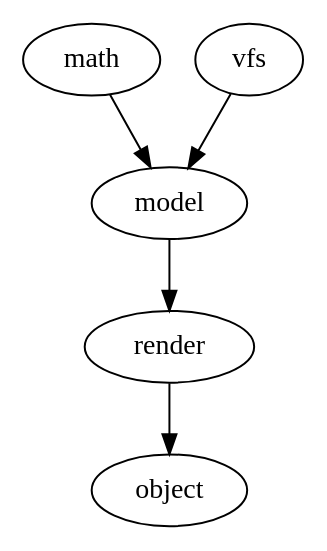
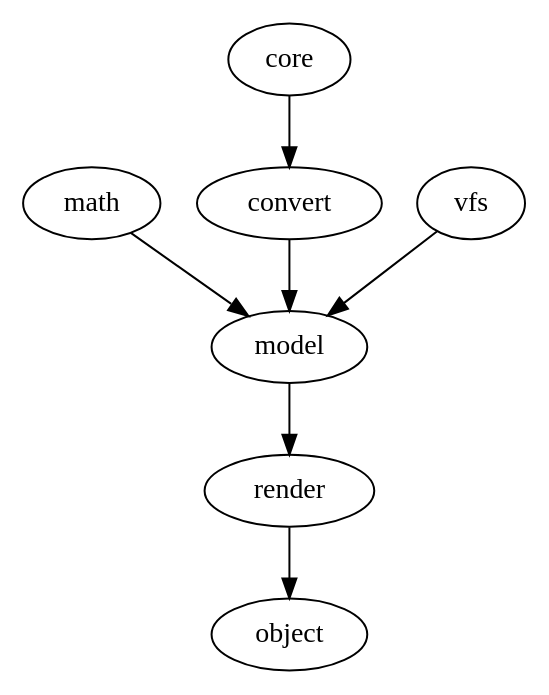
One commit to madeso/pwn-engine changed the diagram in components.gv. Above: the diagram before and after it, drawn with Graphviz. The commit also changed 18 other files, not shown here.

Commit message:
separated pwn-math from pwn-math-test, added a core(string) library, a rgba structure to math and finally started a convert project that should convert media assets to my format

```diff
--- a/components.gv
+++ b/components.gv
@@ -1,7 +1,9 @@
 digraph G
 {
- math -> model;
- vfs -> model;
- model -> render;
- render -> object;
+	math -> model;
+	core -> convert;
+	convert -> model;
+	vfs -> model;
+	model -> render;
+	render -> object;
 }
```
